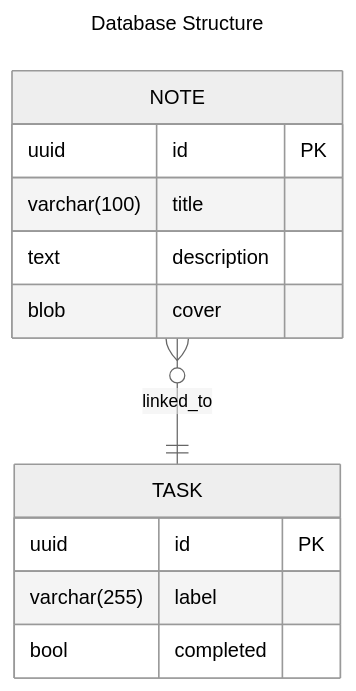
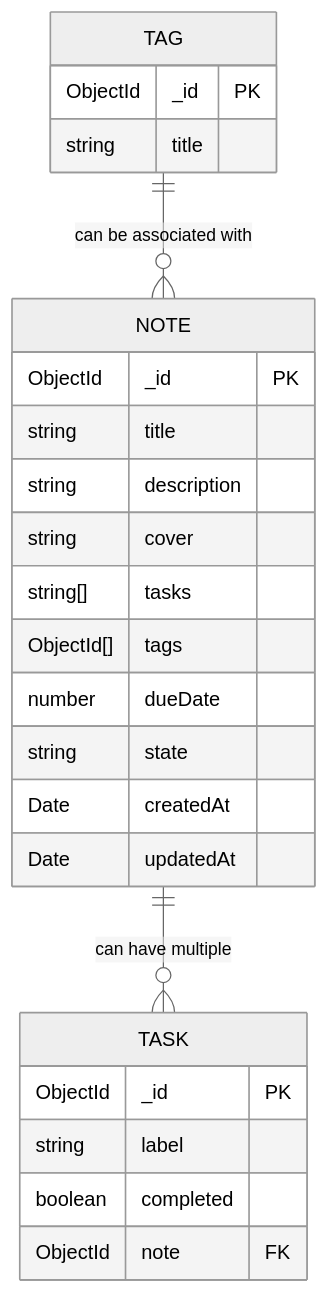
One commit to baptiste-jullion/b3-todo changed the diagram in api/MODELS.md. Above: the diagram before and after it, drawn with Mermaid (neutral theme).

````diff
--- a/api/MODELS.md
+++ b/api/MODELS.md
@@ -1,18 +1,30 @@
 ```mermaid
----
-title: Database Structure
----
 erDiagram
-    NOTE }o--|| TASK : linked_to
+    TAG {
+        ObjectId _id PK
+        string title
+    }
+
     NOTE {
-        uuid id PK
-        varchar(100) title
-        text description
-        blob cover
+        ObjectId _id PK
+        string title
+        string description
+        string cover
+        string[] tasks
+        ObjectId[] tags
+        number dueDate
+        string state
+        Date createdAt
+        Date updatedAt
     }
+
     TASK {
-        uuid id PK
-        varchar(255) label
-        bool completed
+        ObjectId _id PK
+        string label
+        boolean completed
+        ObjectId note FK
     }
+
+    TAG ||--o{ NOTE : "can be associated with"
+    NOTE ||--o{ TASK : "can have multiple"
 ```
````
